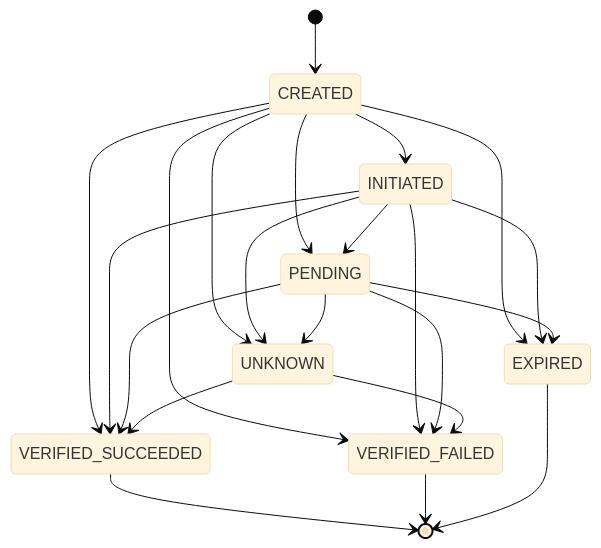
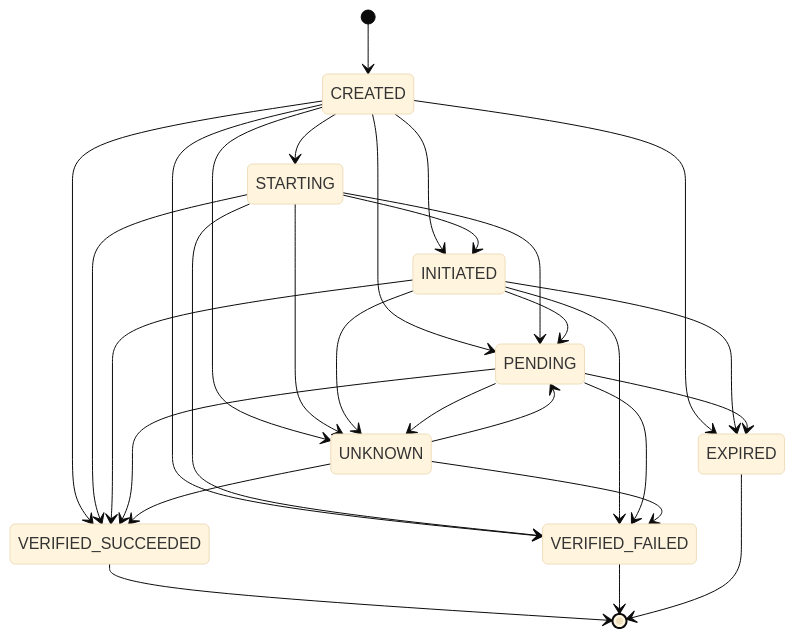
One commit to TheSaviourEking/Tipme changed the second of 3 diagrams in docs/architecture/state-machines.md. Above: the diagram before and after it, drawn with Mermaid (base theme). The commit also changed 17 other files, not shown here.

````diff
--- a/docs/architecture/state-machines.md
+++ b/docs/architecture/state-machines.md
@@ -58,24 +58,31 @@
 ```mermaid
 stateDiagram-v2
   [*] --> CREATED
+  CREATED --> STARTING
   CREATED --> INITIATED
   CREATED --> PENDING
   CREATED --> VERIFIED_SUCCEEDED
   CREATED --> VERIFIED_FAILED
   CREATED --> EXPIRED
   CREATED --> UNKNOWN
+  STARTING --> INITIATED
+  STARTING --> PENDING
+  STARTING --> VERIFIED_SUCCEEDED
+  STARTING --> VERIFIED_FAILED
+  STARTING --> UNKNOWN
   INITIATED --> PENDING
   INITIATED --> VERIFIED_SUCCEEDED
   INITIATED --> VERIFIED_FAILED
   INITIATED --> EXPIRED
   INITIATED --> UNKNOWN
   PENDING --> VERIFIED_SUCCEEDED
   PENDING --> VERIFIED_FAILED
   PENDING --> EXPIRED
   PENDING --> UNKNOWN
+  UNKNOWN --> PENDING
   UNKNOWN --> VERIFIED_SUCCEEDED
   UNKNOWN --> VERIFIED_FAILED
   VERIFIED_SUCCEEDED --> [*]
   VERIFIED_FAILED --> [*]
   EXPIRED --> [*]
 ```
````
